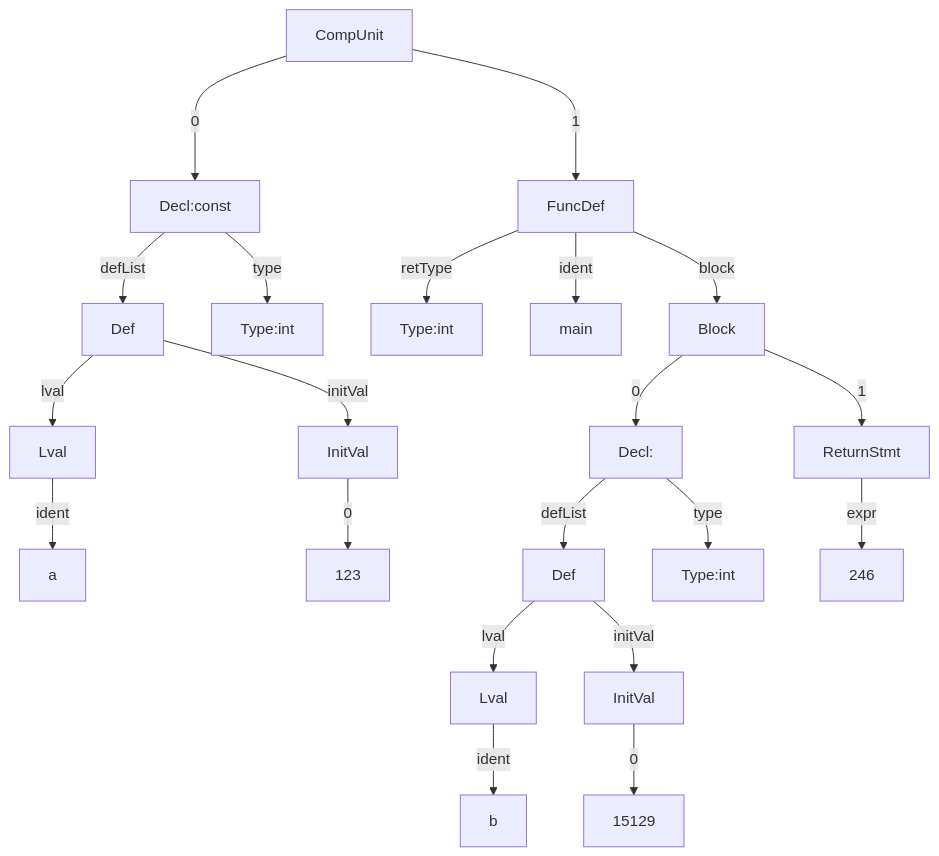
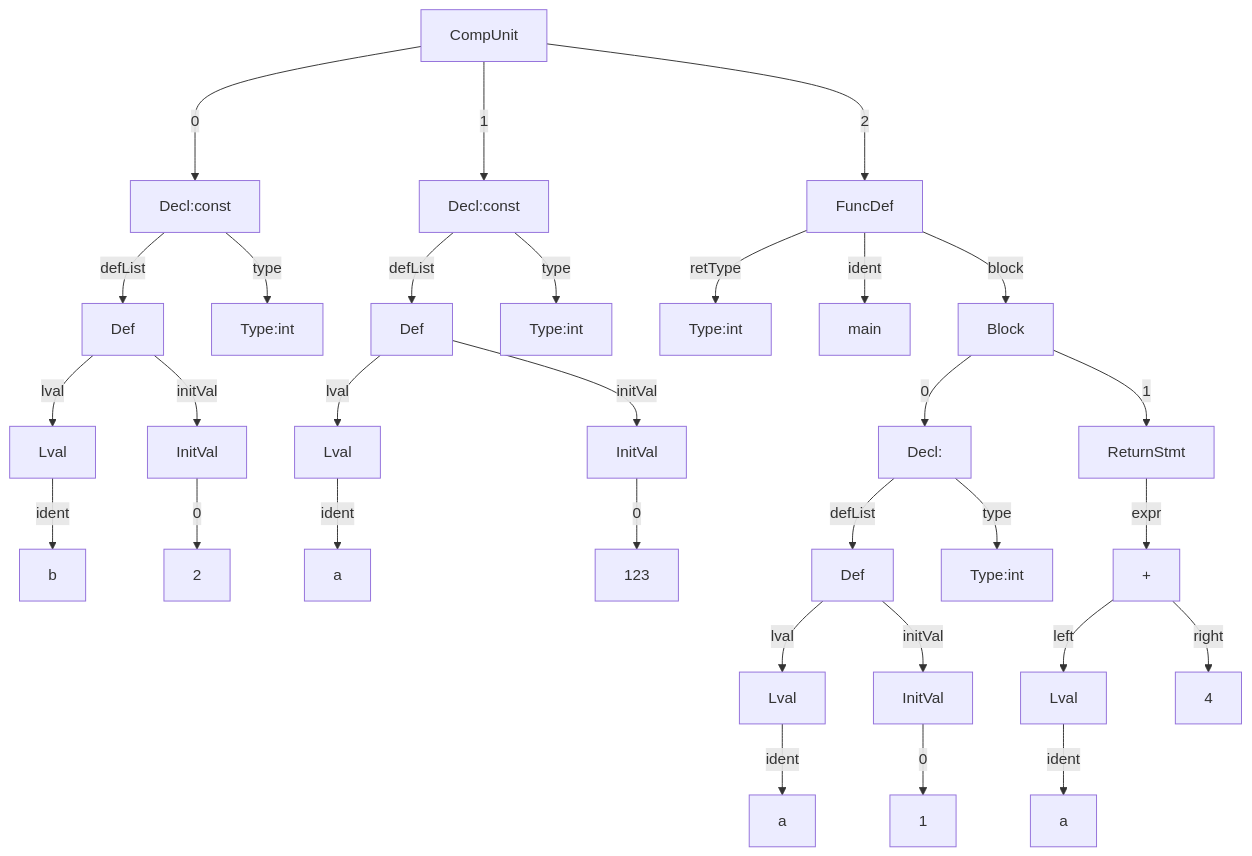
One commit to nyml2003/sysY changed the diagram in tests/Decl-1/out.md. Above: the diagram before and after it, drawn with Mermaid. The commit also changed other lines of this file and 32 other files, not shown here.

````diff
--- a/tests/Decl-1/out.md
+++ b/tests/Decl-1/out.md
@@ -6,43 +1,63 @@
 ```mermaid
 graph TD
-30[CompUnit]--0--->6
+36[CompUnit]--0--->6
 6[Decl:const ]
 6--type-->7
 7[Type:int]
 6--defList-->5
 5[Def]
 5--lval-->2
 2[Lval]
 2--ident-->1
-1[a]
+1[b]
 5--initVal-->4
 4[InitVal]
 4--0-->3
-3[123]
-30[CompUnit]--1--->29
-29[FuncDef]
-29--retType-->8
-8[Type:int]
-29--ident-->9
-9[main]
-29--block-->28
-28[Block]
-28--0-->20
-20[Decl:]
-20--type-->21
-21[Type:int]
-20--defList-->19
-19[Def]
-19--lval-->12
-12[Lval]
-12--ident-->11
-11[b]
-19--initVal-->18
-18[InitVal]
-18--0-->34
-34[15129]
-28--1-->27
-27[ReturnStmt]
-27--expr-->38
-38[246]
+3[2]
+36[CompUnit]--1--->14
+14[Decl:const ]
+14--type-->15
+15[Type:int]
+14--defList-->13
+13[Def]
+13--lval-->10
+10[Lval]
+10--ident-->9
+9[a]
+13--initVal-->12
+12[InitVal]
+12--0-->11
+11[123]
+36[CompUnit]--2--->35
+35[FuncDef]
+35--retType-->16
+16[Type:int]
+35--ident-->17
+17[main]
+35--block-->34
+34[Block]
+34--0-->24
+24[Decl:]
+24--type-->25
+25[Type:int]
+24--defList-->23
+23[Def]
+23--lval-->20
+20[Lval]
+20--ident-->19
+19[a]
+23--initVal-->22
+22[InitVal]
+22--0-->21
+21[1]
+34--1-->33
+33[ReturnStmt]
+33--expr-->32
+32["+"]
+32--left-->27
+27[Lval]
+27--ident-->26
+26[a]
+32--right-->38
+38[4]
 ```
````
